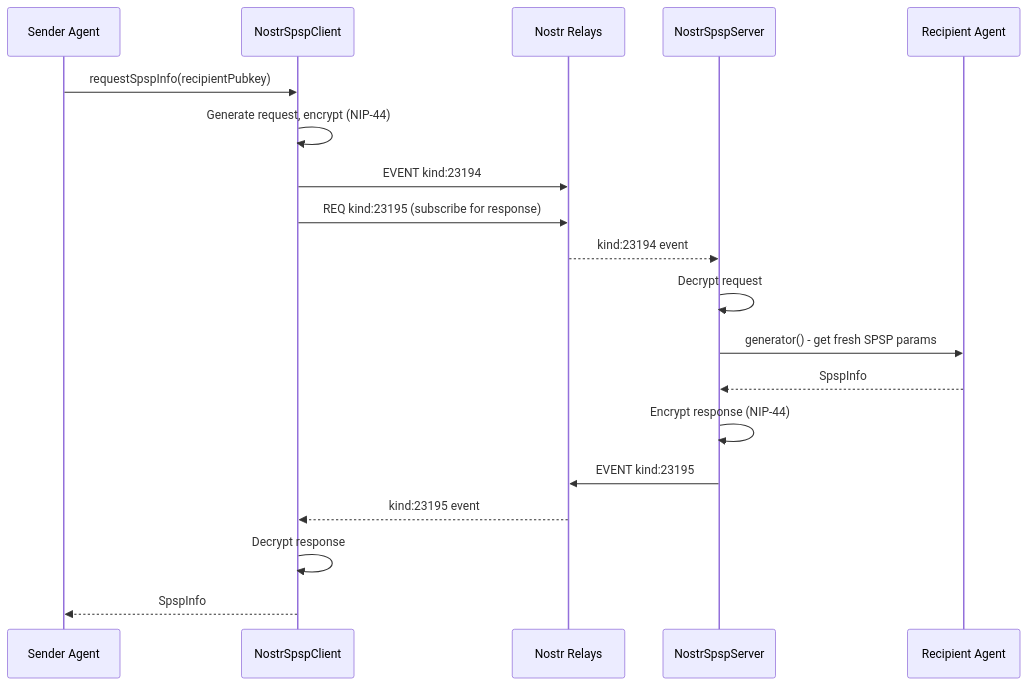
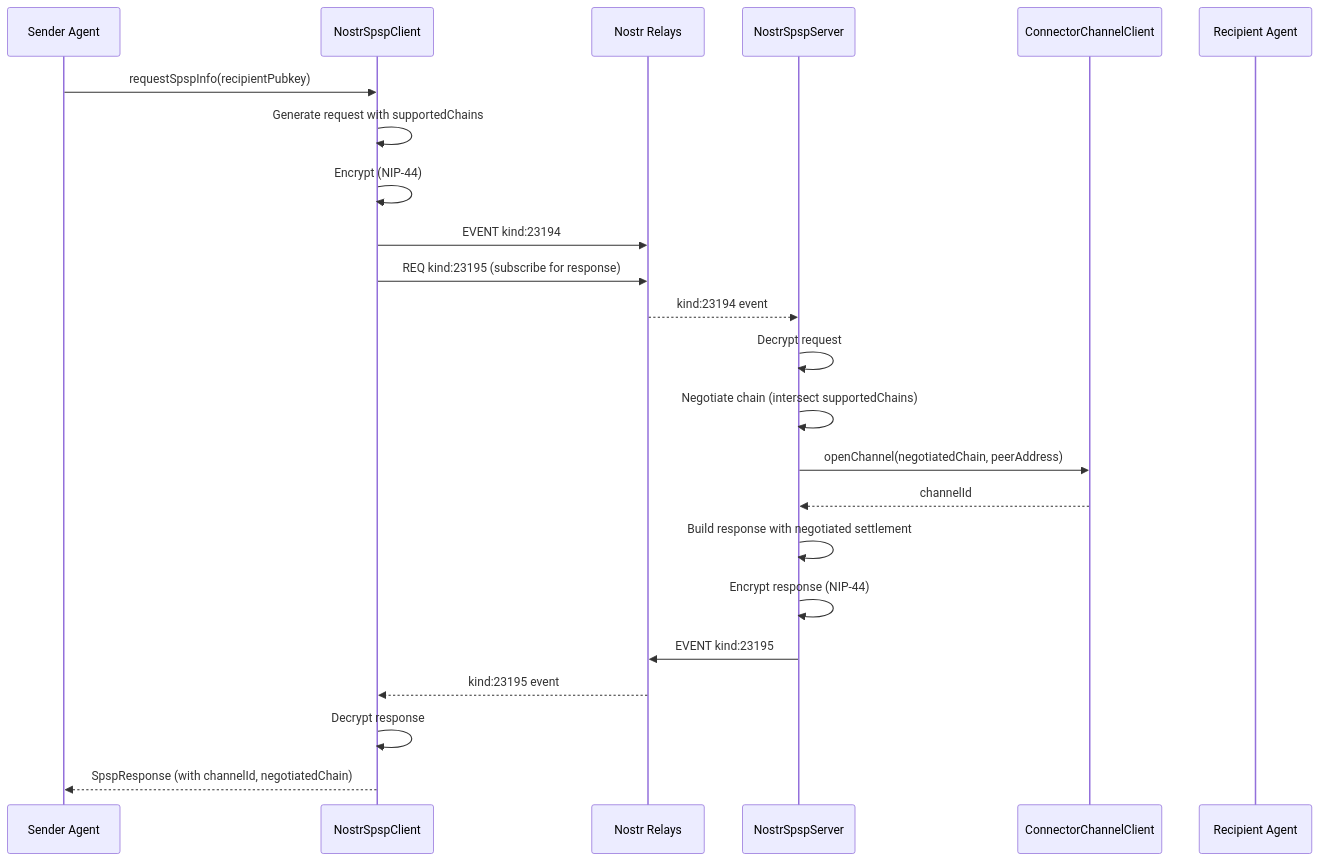
Before and after one commit to ALLiDoizCode/crosstown: the second of 7 diagrams in docs/architecture/7-core-workflows.md, drawn with Mermaid. The commit also changed other lines of this file and 203 other files, not shown here.

````diff
--- a/docs/architecture/7-core-workflows.md
+++ b/docs/architecture/7-core-workflows.md
@@ -30,24 +37,28 @@
 ```mermaid
 sequenceDiagram
     participant Sender as Sender Agent
     participant NSC as NostrSpspClient
     participant Relay as Nostr Relays
     participant NSS as NostrSpspServer
+    participant CCC as ConnectorChannelClient
     participant Recipient as Recipient Agent
 
     Sender->>NSC: requestSpspInfo(recipientPubkey)
-    NSC->>NSC: Generate request, encrypt (NIP-44)
+    NSC->>NSC: Generate request with supportedChains
+    NSC->>NSC: Encrypt (NIP-44)
     NSC->>Relay: EVENT kind:23194
     NSC->>Relay: REQ kind:23195 (subscribe for response)
 
     Relay-->>NSS: kind:23194 event
     NSS->>NSS: Decrypt request
-    NSS->>Recipient: generator() - get fresh SPSP params
-    Recipient-->>NSS: SpspInfo
+    NSS->>NSS: Negotiate chain (intersect supportedChains)
+    NSS->>CCC: openChannel(negotiatedChain, peerAddress)
+    CCC-->>NSS: channelId
+    NSS->>NSS: Build response with negotiated settlement
     NSS->>NSS: Encrypt response (NIP-44)
     NSS->>Relay: EVENT kind:23195
 
     Relay-->>NSC: kind:23195 event
     NSC->>NSC: Decrypt response
-    NSC-->>Sender: SpspInfo
+    NSC-->>Sender: SpspResponse (with channelId, negotiatedChain)
 ```
````
